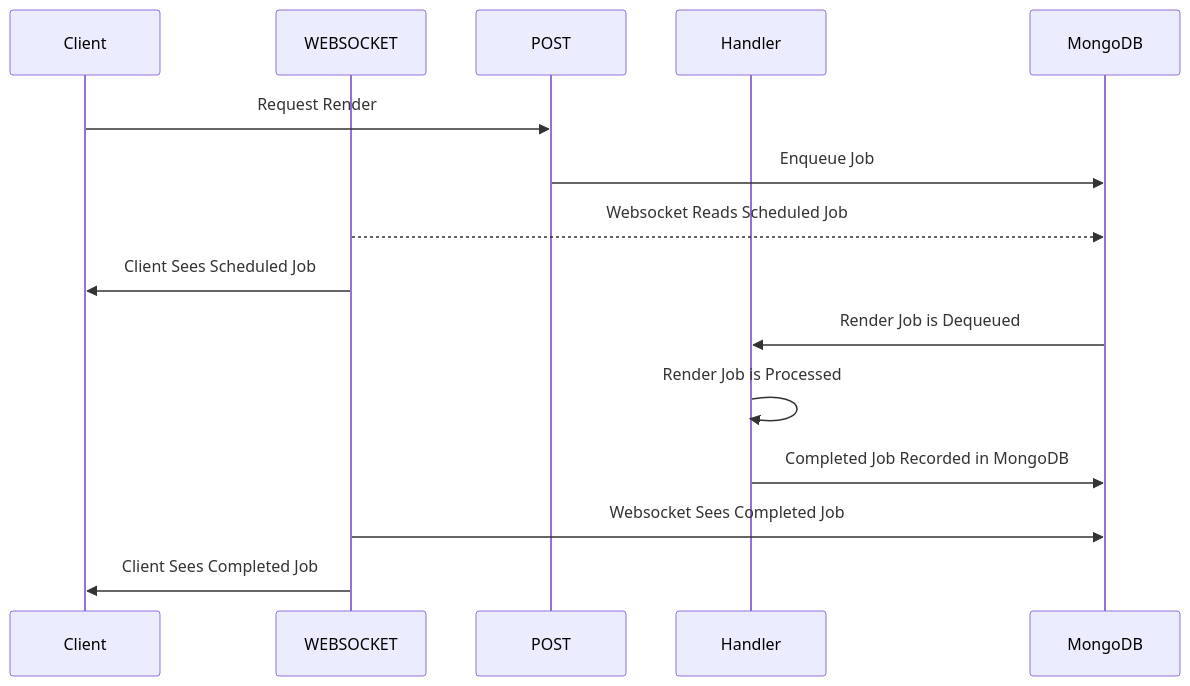
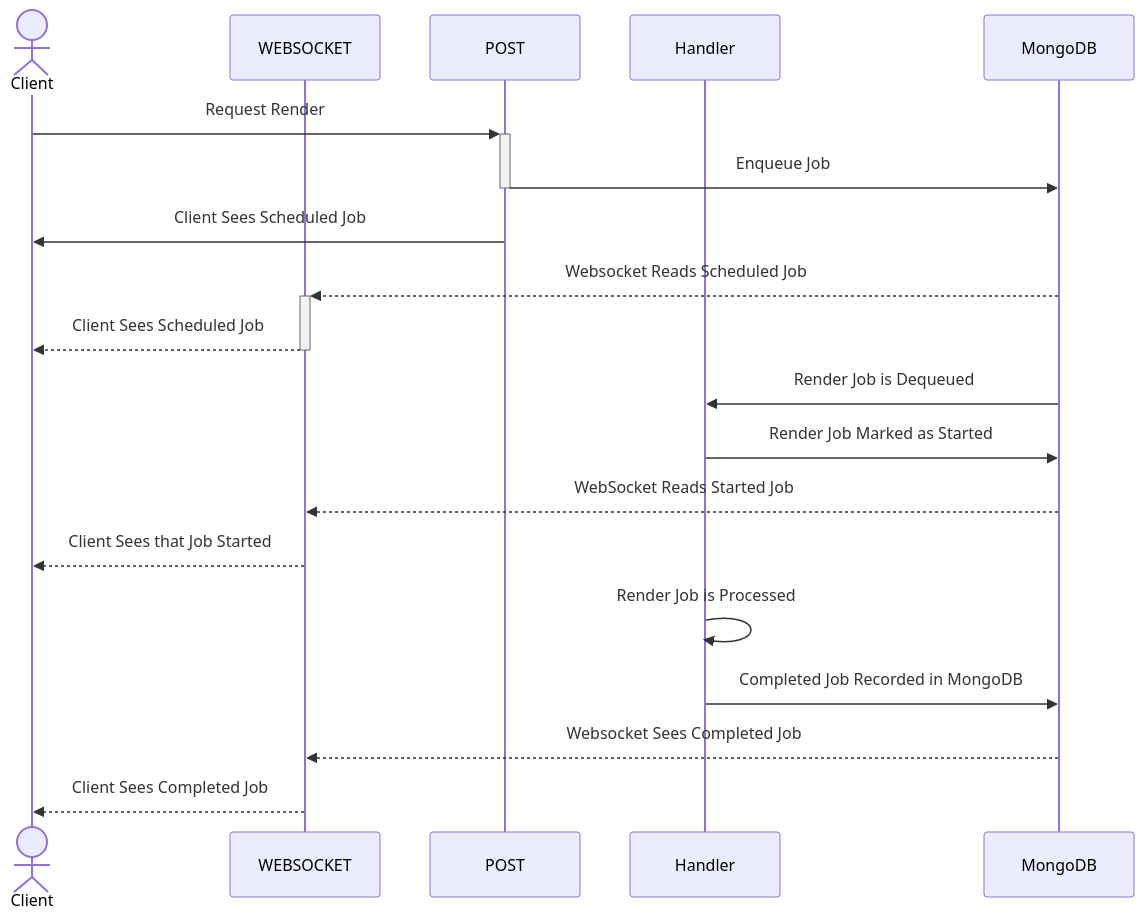
One commit to acederberg/quarto-maths changed the first of 3 diagrams in blog/dev/plan.qmd. Above: the diagram before and after it, drawn with Mermaid. The commit also changed other lines of this file and 7 other files, not shown here.

````diff
--- a/blog/dev/plan.qmd
+++ b/blog/dev/plan.qmd
@@ -7,18 +36,22 @@
 ```{mermaid}
 sequenceDiagram
-    participant Client
+    actor Client
     participant WEBSOCKET
     participant POST
     participant Handler
     participant MongoDB
 
-    Client->>POST: Request Render
-    POST->>MongoDB: Enqueue Job
-    WEBSOCKET-->>MongoDB: Websocket Reads Scheduled Job
-    WEBSOCKET->>Client: Client Sees Scheduled Job
+    Client->>+POST: Request Render
+    POST->>-MongoDB: Enqueue Job
+    POST->>Client: Client Sees Scheduled Job
+    MongoDB-->>+WEBSOCKET: Websocket Reads Scheduled Job
+    WEBSOCKET-->>-Client: Client Sees Scheduled Job
     MongoDB->>Handler: Render Job is Dequeued
+    Handler->>MongoDB: Render Job Marked as Started
+    MongoDB-->>WEBSOCKET: WebSocket Reads Started Job
+    WEBSOCKET-->>Client: Client Sees that Job Started
     Handler->>Handler: Render Job is Processed
     Handler->>MongoDB: Completed Job Recorded in MongoDB
-    WEBSOCKET->>MongoDB: Websocket Sees Completed Job
-    WEBSOCKET->>Client: Client Sees Completed Job
+    MongoDB-->>WEBSOCKET: Websocket Sees Completed Job
+    WEBSOCKET-->>Client: Client Sees Completed Job
 ```
````
